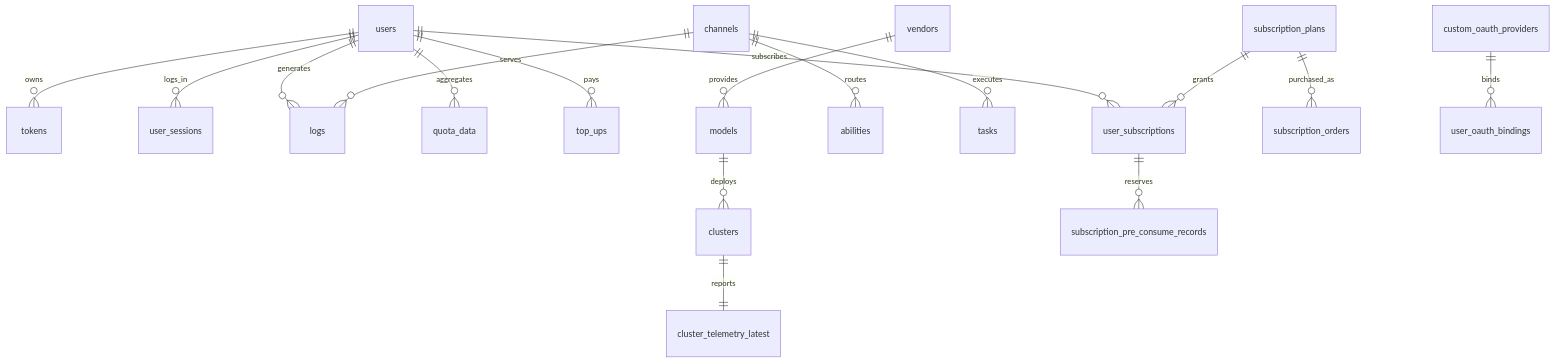
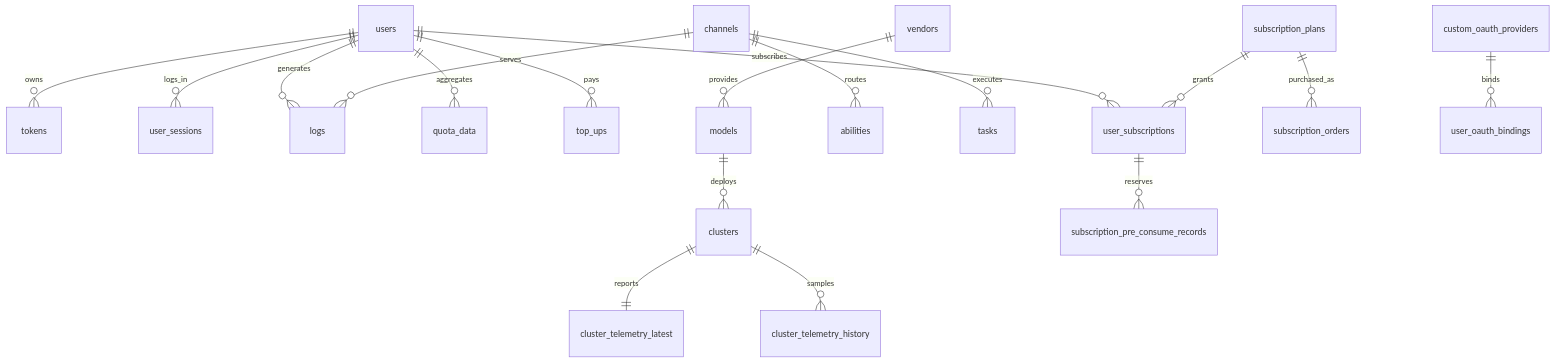
Before and after one commit to V1ewLine/new-api: the diagram in docs/database/database-schema.md, drawn with Mermaid. The commit also changed other lines of this file and 42 other files, not shown here.

Commit message:
add cluster telemetry history retention

````diff
--- a/docs/database/database-schema.md
+++ b/docs/database/database-schema.md
@@ -44,19 +44,20 @@
 ```mermaid
 erDiagram
     users ||--o{ tokens : owns
     users ||--o{ user_sessions : logs_in
     users ||--o{ logs : generates
     users ||--o{ quota_data : aggregates
     users ||--o{ top_ups : pays
     users ||--o{ user_subscriptions : subscribes
     channels ||--o{ abilities : routes
     channels ||--o{ logs : serves
     channels ||--o{ tasks : executes
     vendors ||--o{ models : provides
     models ||--o{ clusters : deploys
     clusters ||--|| cluster_telemetry_latest : reports
+    clusters ||--o{ cluster_telemetry_history : samples
     subscription_plans ||--o{ subscription_orders : purchased_as
     subscription_plans ||--o{ user_subscriptions : grants
     user_subscriptions ||--o{ subscription_pre_consume_records : reserves
     custom_oauth_providers ||--o{ user_oauth_bindings : binds
 ```
````
